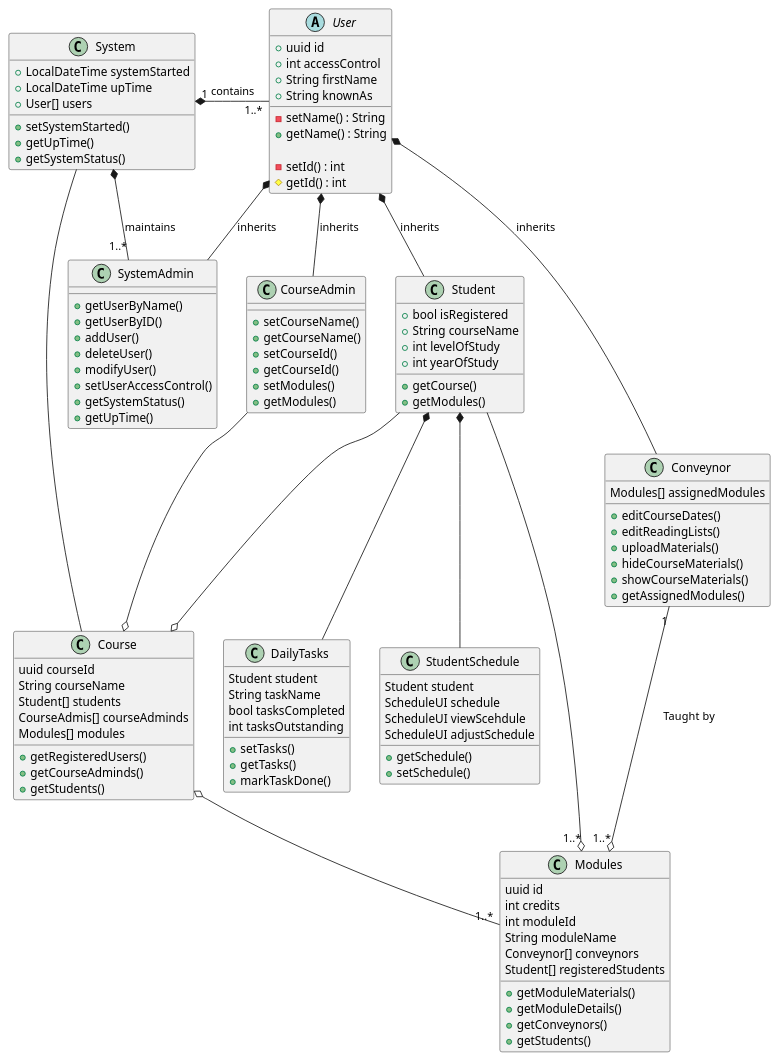
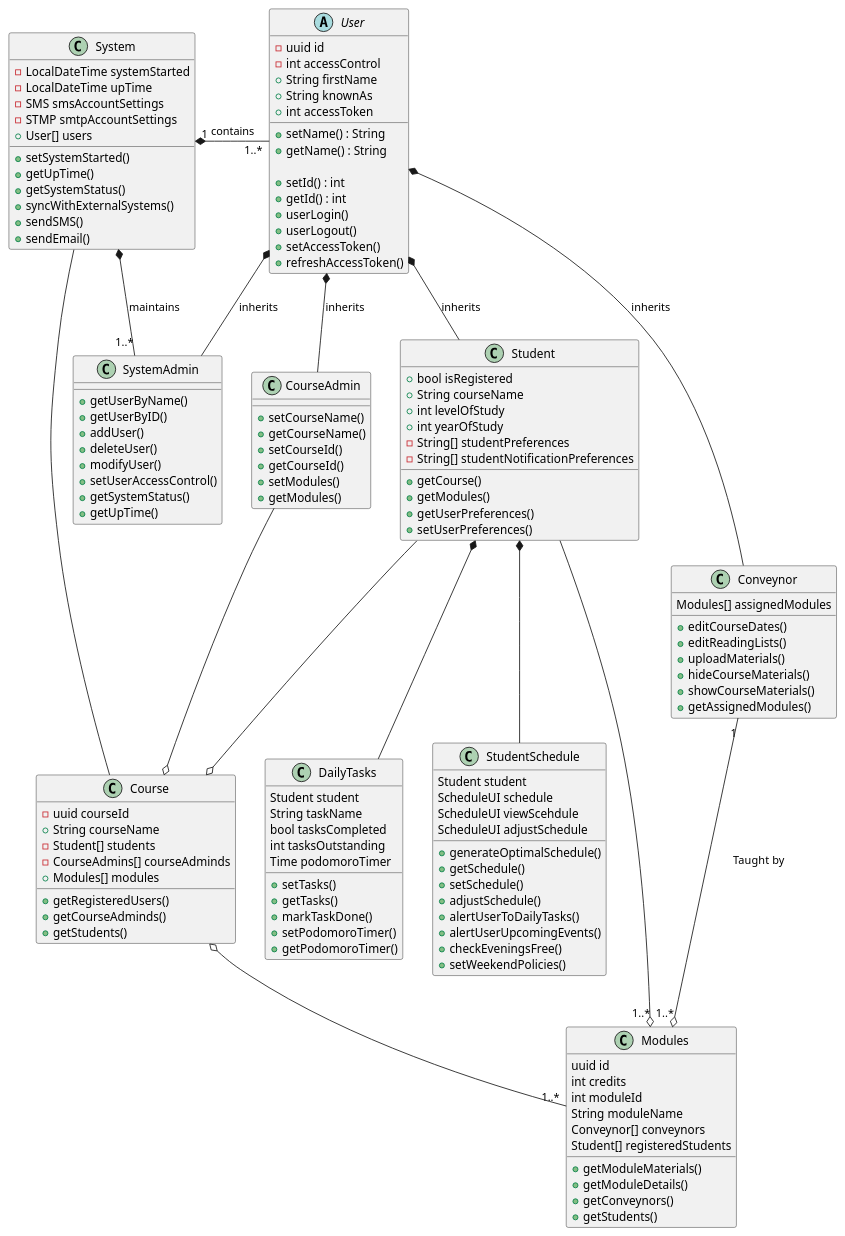
One commit to youssefsadquy/Study-Scheduler changed the diagram in UML-Source/Class_Diagram.pu. Above: the diagram before and after it, drawn with PlantUML. The commit also changed 5 other files, not shown here.

Commit message:
create Group36-SHA1.txt & insert addiontal func reqs into class diagram.  Generated class_diagram pdf

```diff
--- a/UML-Source/Class_Diagram.pu
+++ b/UML-Source/Class_Diagram.pu
@@ -23,132 +23,155 @@
 @startuml Class_Diagram
 
 class System {
-    + LocalDateTime systemStarted
-    + LocalDateTime upTime
+    - LocalDateTime systemStarted
+    - LocalDateTime upTime
+    - SMS smsAccountSettings
+    - STMP smtpAccountSettings
     + User[] users
 
     + setSystemStarted()
     + getUpTime()
     + getSystemStatus()
+    + syncWithExternalSystems()
+    + sendSMS()
+    + sendEmail()
 }
 
 abstract User {
-    + uuid id
-    + int accessControl
+    - uuid id
+    - int accessControl
     + String firstName
     + String knownAs
+    + int accessToken
 
-    - setName() : String
+    + setName() : String
     + getName() : String
 
-    - setId() : int
-    # getId() : int
+    + setId() : int
+    + getId() : int
+    + userLogin()
+    + userLogout()
+    + setAccessToken()
+    + refreshAccessToken()
 }
 
 class Student {
     + bool isRegistered
     + String courseName
     + int levelOfStudy
     + int yearOfStudy
+    - String[] studentPreferences
+    - String[] studentNotificationPreferences
 
     + getCourse()
     + getModules()
+    + getUserPreferences()
+    + setUserPreferences()
 }
 
 class Conveynor {
     Modules[] assignedModules
     + editCourseDates()
     + editReadingLists()
     + uploadMaterials()
     + hideCourseMaterials()
     + showCourseMaterials()
     + getAssignedModules()
 }
 
 class SystemAdmin {
     + getUserByName()
     + getUserByID()
     + addUser()
     + deleteUser()
     + modifyUser()
     + setUserAccessControl()
     + getSystemStatus()
     + getUpTime()
 }
 
 class CourseAdmin {
     + setCourseName()
     + getCourseName()
     + setCourseId()
     + getCourseId()
     + setModules()
     + getModules()
 }
 
 class Course {
-    uuid courseId
-    String courseName
-    Student[] students
-    CourseAdmis[] courseAdminds
-    Modules[] modules
+    - uuid courseId
+    + String courseName
+    - Student[] students
+    - CourseAdmins[] courseAdminds
+    + Modules[] modules
     + getRegisteredUsers()
     + getCourseAdminds()
     + getStudents()
 }
 
 class DailyTasks {
     Student student
     String taskName
     bool tasksCompleted
     int tasksOutstanding
+    Time podomoroTimer
 
     + setTasks()
     + getTasks()
     + markTaskDone()
+    + setPodomoroTimer()
+    + getPodomoroTimer()
 }
 
 class StudentSchedule {
     Student student
     ScheduleUI schedule
     ScheduleUI viewScehdule
     ScheduleUI adjustSchedule
+    + generateOptimalSchedule()
     + getSchedule()
     + setSchedule()
+    + adjustSchedule()
+    + alertUserToDailyTasks()
+    + alertUserUpcomingEvents()
+    + checkEveningsFree()
+    + setWeekendPolicies()
 }
 
 class Modules {
     uuid id
     int credits
     int moduleId
     String moduleName
     Conveynor[] conveynors
     Student[] registeredStudents
 
     + getModuleMaterials()
     + getModuleDetails()
     + getConveynors()
     + getStudents()
 }
 
 'System can exist without user but not the other way around
 System "1" *- "1..*" User : contains
 
 System -- Course
 System *- "1..*" SystemAdmin : maintains
 
 User *-- Conveynor : inherits
 User *-- SystemAdmin : inherits
 User *-- CourseAdmin : inherits
 User *-- Student : inherits
 
 Course o-up- CourseAdmin
 Course o-- "1..*" Modules
 
 Conveynor "1" --o "1..*" Modules : "Taught by"
 Student --o Course
 Student -o "1..*" Modules
 
 Student *-- DailyTasks
 Student *-- StudentSchedule
 
 @enduml
```
